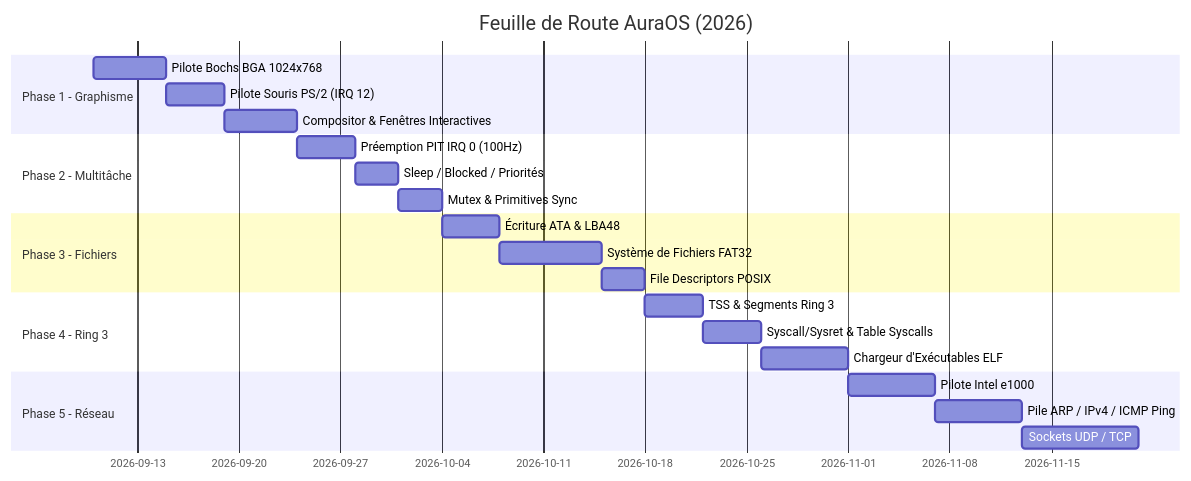
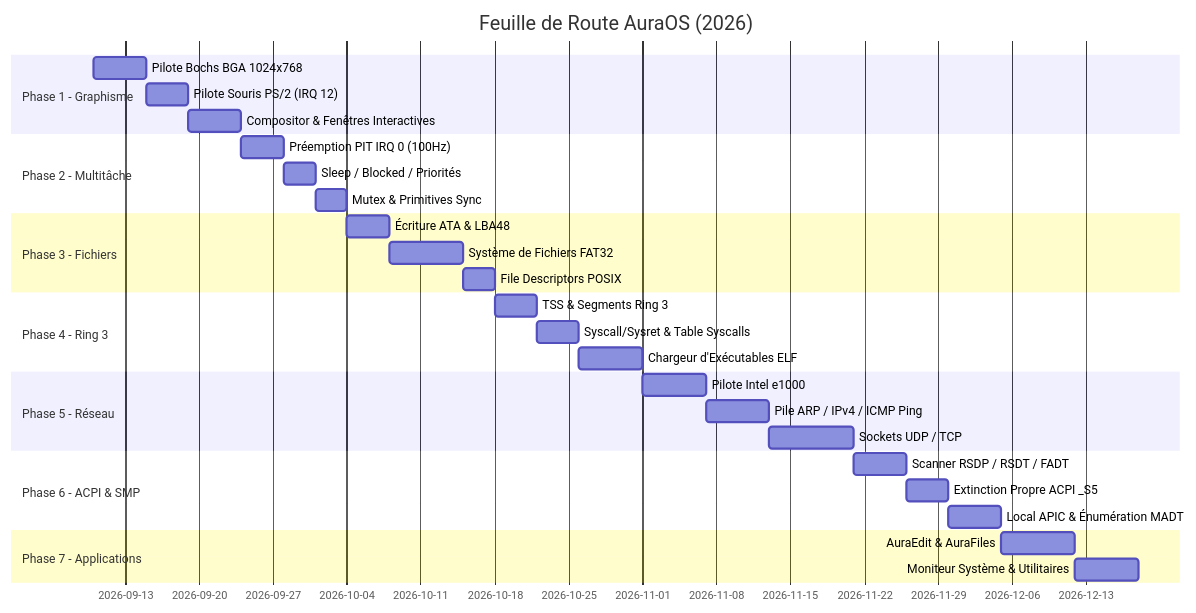
Before and after one commit to Niainarisoa01/AuraOS: the diagram in docs/FEUILLE_DE_ROUTE_ET_AMELIORATIONS.md, drawn with Mermaid. The commit also changed other lines of this file and 24 other files, not shown here.

Commit message:
feat: implement ARP stack and add ELF loading support with architectural and driver enhancements

````diff
--- a/docs/FEUILLE_DE_ROUTE_ET_AMELIORATIONS.md
+++ b/docs/FEUILLE_DE_ROUTE_ET_AMELIORATIONS.md
@@ -264,25 +264,32 @@
 ```mermaid
 gantt
     title Feuille de Route AuraOS (2026)
     dateFormat  YYYY-MM-DD
     section Phase 1 - Graphisme
     Pilote Bochs BGA 1024x768         :p1_1, 2026-09-10, 5d
     Pilote Souris PS/2 (IRQ 12)       :p1_2, after p1_1, 4d
     Compositor & Fenêtres Interactives:p1_3, after p1_2, 5d
     section Phase 2 - Multitâche
     Préemption PIT IRQ 0 (100Hz)      :p2_1, after p1_3, 4d
     Sleep / Blocked / Priorités       :p2_2, after p2_1, 3d
     Mutex & Primitives Sync           :p2_3, after p2_2, 3d
     section Phase 3 - Fichiers
     Écriture ATA & LBA48              :p3_1, after p2_3, 4d
     Système de Fichiers FAT32         :p3_2, after p3_1, 7d
     File Descriptors POSIX            :p3_3, after p3_2, 3d
     section Phase 4 - Ring 3
     TSS & Segments Ring 3             :p4_1, after p3_3, 4d
     Syscall/Sysret & Table Syscalls   :p4_2, after p4_1, 4d
     Chargeur d'Exécutables ELF        :p4_3, after p4_2, 6d
     section Phase 5 - Réseau
     Pilote Intel e1000                :p5_1, after p4_3, 6d
     Pile ARP / IPv4 / ICMP Ping       :p5_2, after p5_1, 6d
     Sockets UDP / TCP                 :p5_3, after p5_2, 8d
+    section Phase 6 - ACPI & SMP
+    Scanner RSDP / RSDT / FADT        :p6_1, after p5_3, 5d
+    Extinction Propre ACPI _S5        :p6_2, after p6_1, 4d
+    Local APIC & Énumération MADT     :p6_3, after p6_2, 5d
+    section Phase 7 - Applications
+    AuraEdit & AuraFiles              :p7_1, after p6_3, 7d
+    Moniteur Système & Utilitaires    :p7_2, after p7_1, 6d
 ```
````
